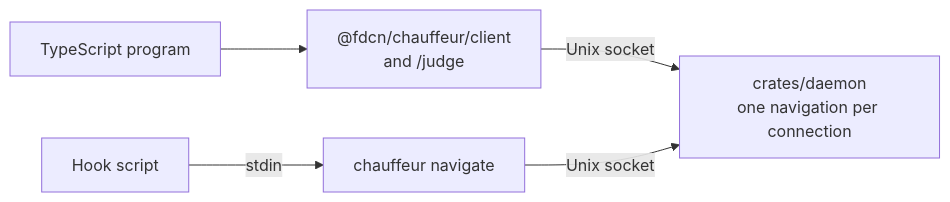
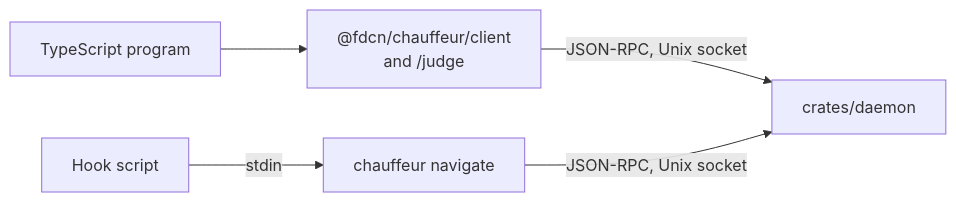
One commit to StevenJPx2/chauffeur changed diagram 14 of 14 in docs/plans/pluggability.md. Above: the diagram before and after it, drawn with Mermaid. The commit also changed other lines of this file and 1 other file, not shown here.

First line of the commit message:
docs: an example per README feature; JSON-RPC 2.0, plugins/ and dependency decisions

````diff
--- a/docs/plans/pluggability.md
+++ b/docs/plans/pluggability.md
@@ -1393,7 +1432,7 @@
 ```mermaid
 flowchart LR
     Program["TypeScript program"] --> Client["@fdcn/chauffeur/client<br/>and /judge"]
     Script["Hook script"] -- "stdin" --> Cli["chauffeur navigate"]
-    Client -- "Unix socket" --> Daemon["crates/daemon<br/>one navigation per connection"]
-    Cli -- "Unix socket" --> Daemon
+    Client -- "JSON-RPC, Unix socket" --> Daemon["crates/daemon"]
+    Cli -- "JSON-RPC, Unix socket" --> Daemon
 ```
````
